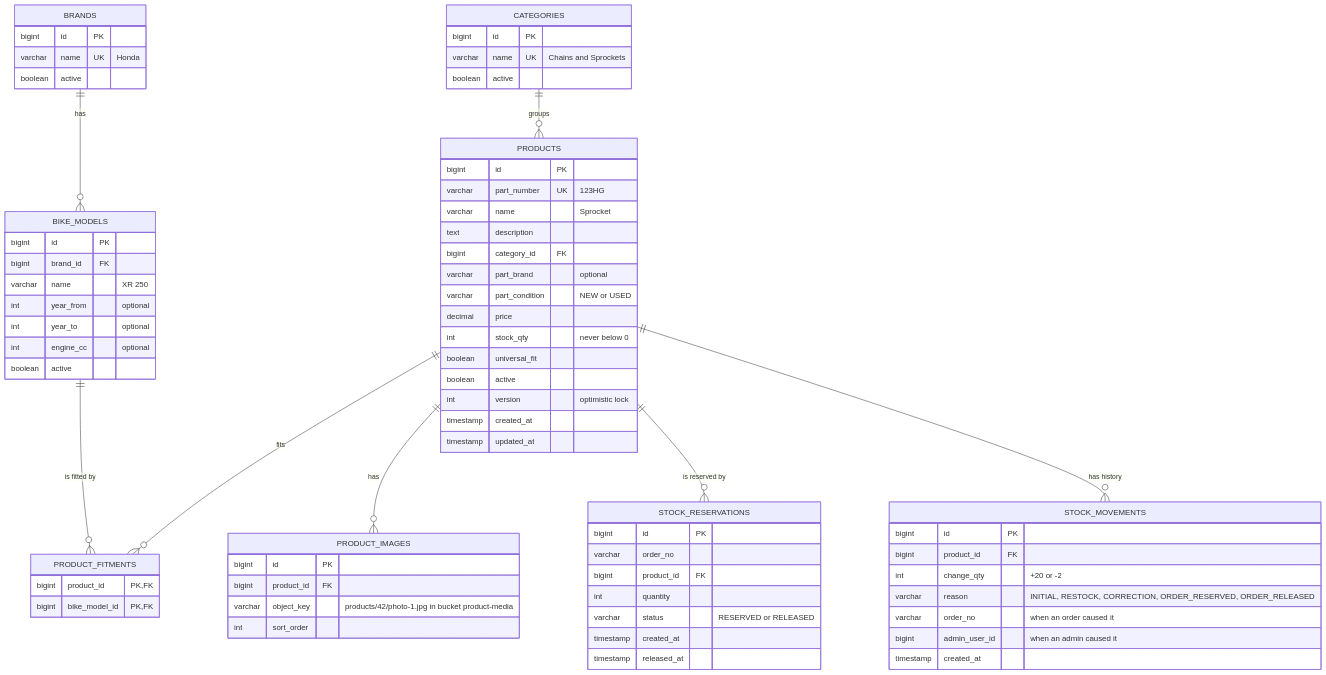
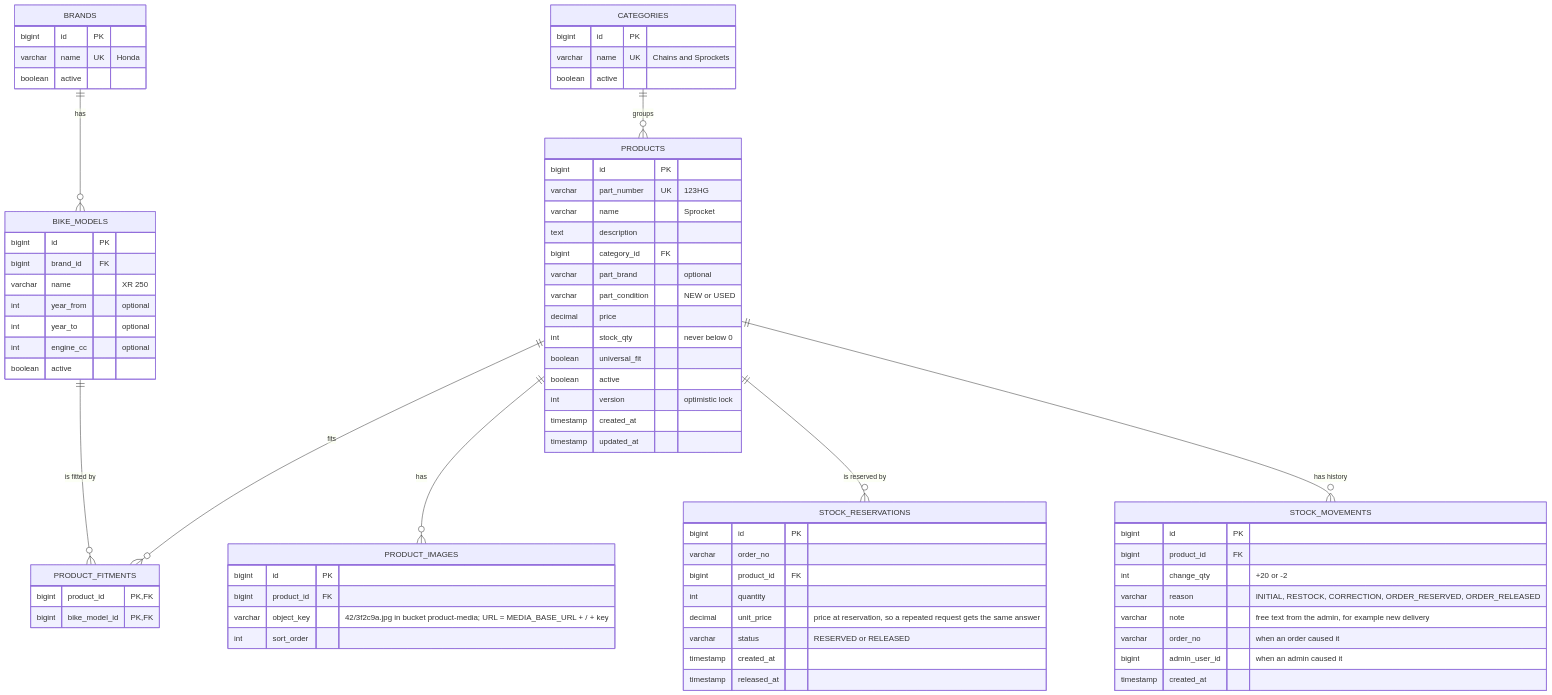
Before and after one commit to MotoXpress-wicky/infrastructure: the second of 5 diagrams in docs/mvp/08-data-model.md, drawn with Mermaid. The commit also changed 4 other files, not shown here.

````diff
--- a/docs/mvp/08-data-model.md
+++ b/docs/mvp/08-data-model.md
@@ -60,74 +60,76 @@
 ```mermaid
 erDiagram
     BRANDS ||--o{ BIKE_MODELS : "has"
     CATEGORIES ||--o{ PRODUCTS : "groups"
     PRODUCTS ||--o{ PRODUCT_FITMENTS : "fits"
     BIKE_MODELS ||--o{ PRODUCT_FITMENTS : "is fitted by"
     PRODUCTS ||--o{ PRODUCT_IMAGES : "has"
     PRODUCTS ||--o{ STOCK_RESERVATIONS : "is reserved by"
     PRODUCTS ||--o{ STOCK_MOVEMENTS : "has history"
 
     BRANDS {
         bigint id PK
         varchar name UK "Honda"
         boolean active
     }
     BIKE_MODELS {
         bigint id PK
         bigint brand_id FK
         varchar name "XR 250"
         int year_from "optional"
         int year_to "optional"
         int engine_cc "optional"
         boolean active
     }
     CATEGORIES {
         bigint id PK
         varchar name UK "Chains and Sprockets"
         boolean active
     }
     PRODUCTS {
         bigint id PK
         varchar part_number UK "123HG"
         varchar name "Sprocket"
         text description
         bigint category_id FK
         varchar part_brand "optional"
         varchar part_condition "NEW or USED"
         decimal price
         int stock_qty "never below 0"
         boolean universal_fit
         boolean active
         int version "optimistic lock"
         timestamp created_at
         timestamp updated_at
     }
     PRODUCT_FITMENTS {
         bigint product_id PK, FK
         bigint bike_model_id PK, FK
     }
     PRODUCT_IMAGES {
         bigint id PK
         bigint product_id FK
-        varchar object_key "products/42/photo-1.jpg in bucket product-media"
+        varchar object_key "42/3f2c9a.jpg in bucket product-media; URL = MEDIA_BASE_URL + / + key"
         int sort_order
     }
     STOCK_RESERVATIONS {
         bigint id PK
         varchar order_no
         bigint product_id FK
         int quantity
+        decimal unit_price "price at reservation, so a repeated request gets the same answer"
         varchar status "RESERVED or RELEASED"
         timestamp created_at
         timestamp released_at
     }
     STOCK_MOVEMENTS {
         bigint id PK
         bigint product_id FK
         int change_qty "+20 or -2"
         varchar reason "INITIAL, RESTOCK, CORRECTION, ORDER_RESERVED, ORDER_RELEASED"
+        varchar note "free text from the admin, for example new delivery"
         varchar order_no "when an order caused it"
         bigint admin_user_id "when an admin caused it"
         timestamp created_at
     }
 ```
````
